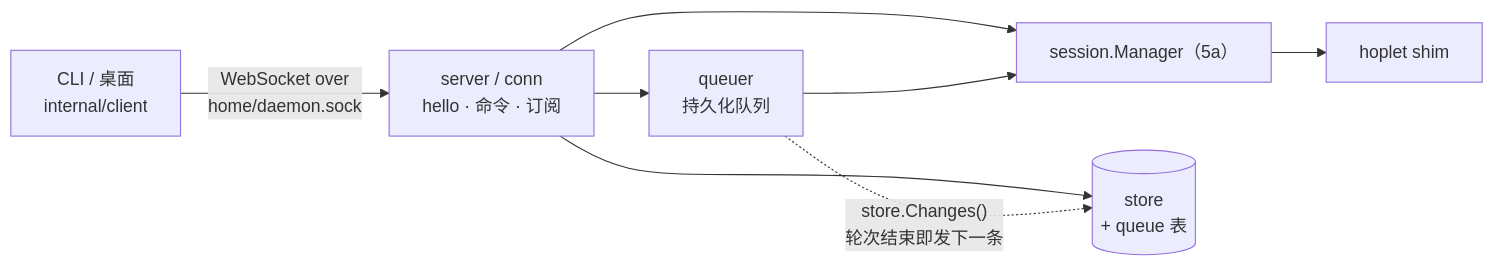
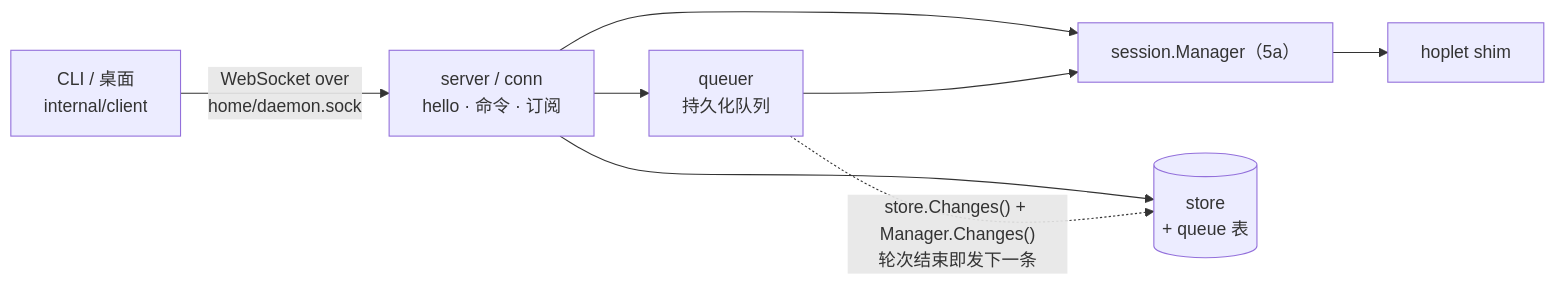
The diagram in docs/plans/m1-pr5b-daemon.md (yangflow/hoplet), drawn with Mermaid before and after one commit. The commit also changed other lines of this file, not shown here.

````diff
--- a/docs/plans/m1-pr5b-daemon.md
+++ b/docs/plans/m1-pr5b-daemon.md
@@ -9,10 +9,10 @@
 ```mermaid
 flowchart LR
     CLI["CLI / 桌面<br/>internal/client"] -- "WebSocket over<br/>home/daemon.sock" --> Srv["server / conn<br/>hello · 命令 · 订阅"]
     Srv --> Q["queuer<br/>持久化队列"]
     Srv --> M["session.Manager（5a）"]
     Q --> M
     Srv --> St[("store<br/>+ queue 表")]
-    Q -. "store.Changes()<br/>轮次结束即发下一条" .-> St
+    Q -. "store.Changes() + Manager.Changes()<br/>轮次结束即发下一条" .-> St
     M --> Shim["hoplet shim"]
 ```
````
